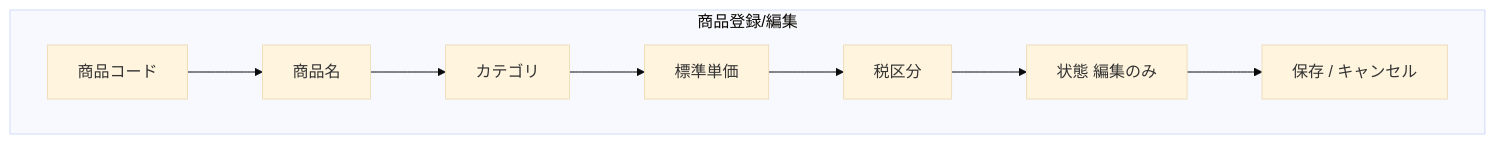
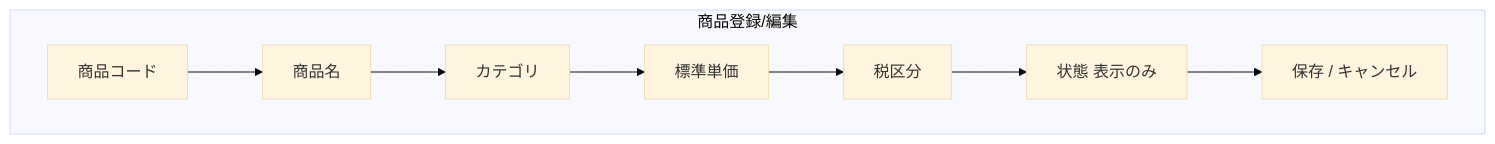
One commit to quyangboxjob/DDMSAA changed the second of 2 diagrams in docs/基本設計/業務設計/product/spec-product-screen-ui.md. Above: the diagram before and after it, drawn with Mermaid (base theme). The commit also changed other lines of this file and 48 other files, not shown here.

````diff
--- a/docs/基本設計/業務設計/product/spec-product-screen-ui.md
+++ b/docs/基本設計/業務設計/product/spec-product-screen-ui.md
@@ -51,13 +51,13 @@
 ```mermaid
 flowchart TB
   subgraph P[商品登録/編集]
     F1[商品コード]
     F2[商品名]
     F3[カテゴリ]
     F4[標準単価]
     F5[税区分]
-    F6[状態 編集のみ]
+    F6[状態 表示のみ]
     B[保存 / キャンセル]
   end
   F1 --> F2 --> F3 --> F4 --> F5 --> F6 --> B
 ```
````
